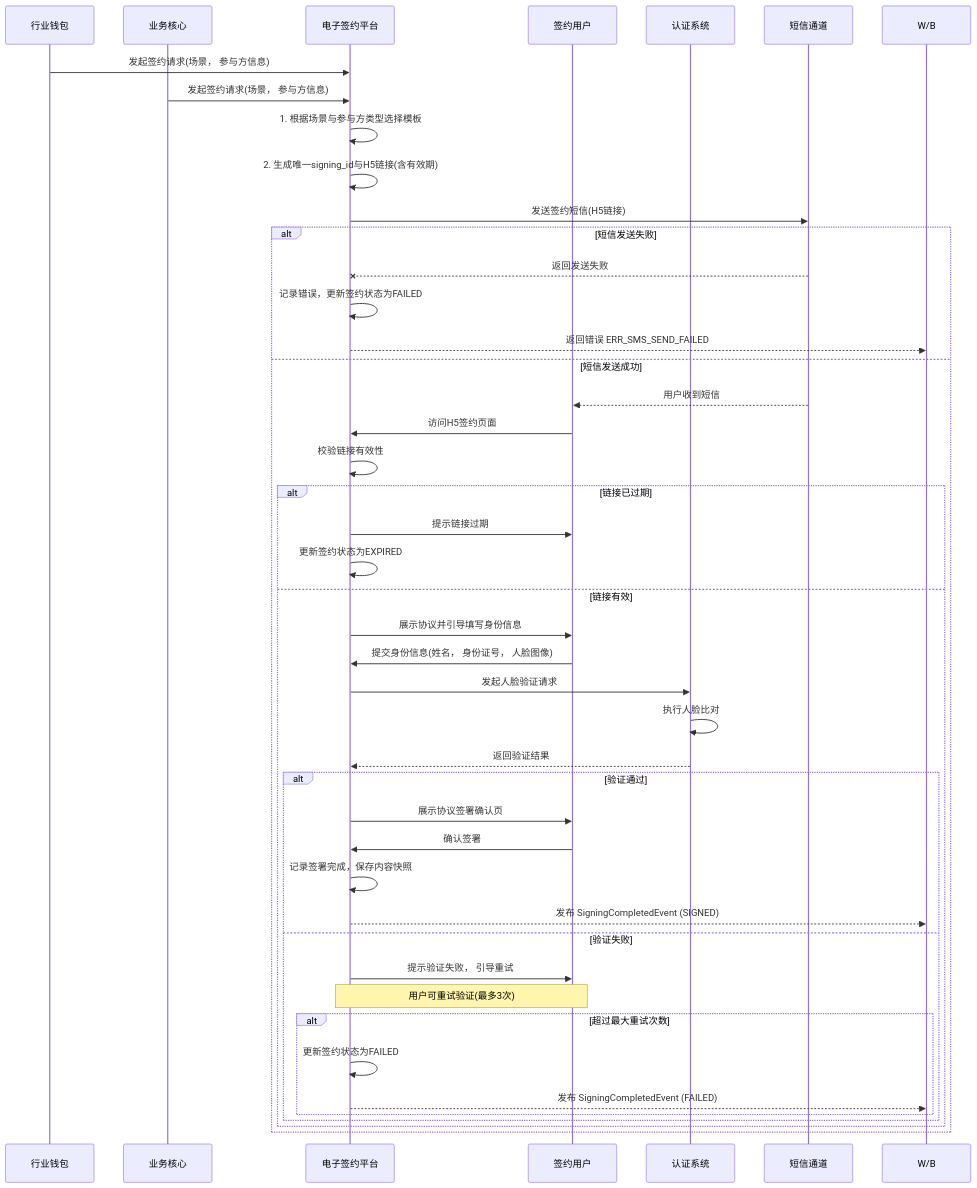
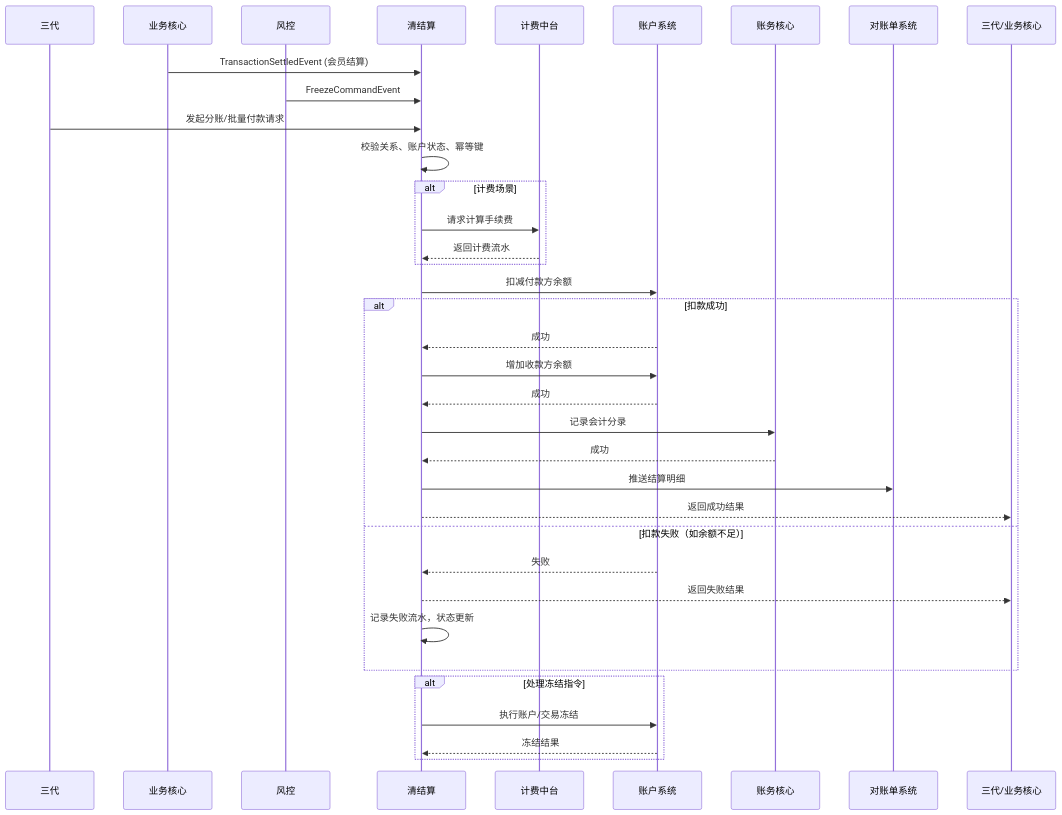
One commit to youzi211/AiCoding changed the tenth of 24 diagrams in data/天财分账需求/gpt-5.2/output/final_design_document.md. Above: the diagram before and after it, drawn with Mermaid. The commit also changed other lines of this file and 41 other files, not shown here.

````diff
--- a/data/天财分账需求/gpt-5.2/output/final_design_document.md
+++ b/data/天财分账需求/gpt-5.2/output/final_design_document.md
@@ -839,47 +670,38 @@
 ```mermaid
 sequenceDiagram
-    participant W as 行业钱包
-    participant B as 业务核心
-    participant E as 电子签约平台
-    participant U as 签约用户
-    participant A as 认证系统
-    participant S as 短信通道
+    participant 三代
+    participant 业务核心
+    participant 风控
+    participant 清结算
+    participant 计费中台
+    participant 账户系统
+    participant 账务核心
+    participant 对账单系统
 
-    W->>E: 发起签约请求(场景， 参与方信息)
-    B->>E: 发起签约请求(场景， 参与方信息)
-    E->>E: 1. 根据场景与参与方类型选择模板
-    E->>E: 2. 生成唯一signing_id与H5链接(含有效期)
-    E->>S: 发送签约短信(H5链接)
-    alt 短信发送失败
-        S--xE: 返回发送失败
-        E->>E: 记录错误，更新签约状态为FAILED
-        E-->>W/B: 返回错误 ERR_SMS_SEND_FAILED
-    else 短信发送成功
-        S-->>U: 用户收到短信
-        U->>E: 访问H5签约页面
-        E->>E: 校验链接有效性
-        alt 链接已过期
-            E->>U: 提示链接过期
-            E->>E: 更新签约状态为EXPIRED
-        else 链接有效
-            E->>U: 展示协议并引导填写身份信息
-            U->>E: 提交身份信息(姓名， 身份证号， 人脸图像)
-            E->>A: 发起人脸验证请求
-            A->>A: 执行人脸比对
-            A-->>E: 返回验证结果
-            alt 验证通过
-                E->>U: 展示协议签署确认页
-                U->>E: 确认签署
-                E->>E: 记录签署完成，保存内容快照
-                E-->>W/B: 发布 SigningCompletedEvent (SIGNED)
-            else 验证失败
-                E->>U: 提示验证失败， 引导重试
-                Note over U, E: 用户可重试验证(最多3次)
-                alt 超过最大重试次数
-                    E->>E: 更新签约状态为FAILED
-                    E-->>W/B: 发布 SigningCompletedEvent (FAILED)
-                end
-            end
-        end
+    业务核心->>清结算: TransactionSettledEvent (会员结算)
+    风控->>清结算: FreezeCommandEvent
+    三代->>清结算: 发起分账/批量付款请求
+    清结算->>清结算: 校验关系、账户状态、幂等键
+    alt 计费场景
+        清结算->>计费中台: 请求计算手续费
+        计费中台-->>清结算: 返回计费流水
+    end
+    清结算->>账户系统: 扣减付款方余额
+    alt 扣款成功
+        账户系统-->>清结算: 成功
+        清结算->>账户系统: 增加收款方余额
+        账户系统-->>清结算: 成功
+        清结算->>账务核心: 记录会计分录
+        账务核心-->>清结算: 成功
+        清结算->>对账单系统: 推送结算明细
+        清结算-->>三代/业务核心: 返回成功结果
+    else 扣款失败（如余额不足）
+        账户系统-->>清结算: 失败
+        清结算-->>三代/业务核心: 返回失败结果
+        清结算->>清结算: 记录失败流水，状态更新
+    end
+    alt 处理冻结指令
+        清结算->>账户系统: 执行账户/交易冻结
+        账户系统-->>清结算: 冻结结果
     end
 ```
````
